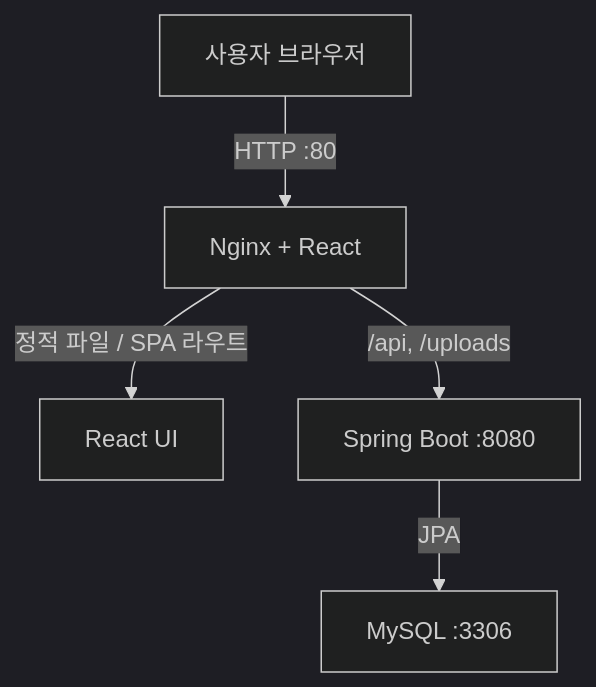
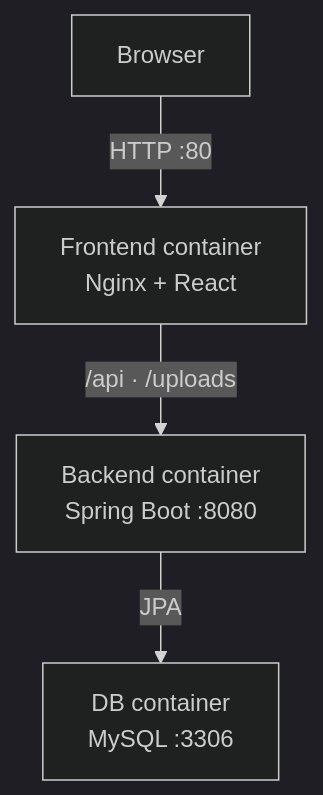
One commit to YSBunny/community-service changed the first of 2 diagrams in README.md. Above: the diagram before and after it, drawn with Mermaid (dark theme). The commit also changed other lines of this file, not shown here.

````diff
--- a/README.md
+++ b/README.md
@@ -99,7 +100,6 @@
 ```mermaid
 flowchart TD
-    U["사용자 브라우저"] -->|"HTTP :80"| N["Nginx + React"]
-    N -->|"정적 파일 / SPA 라우트"| R["React UI"]
-    N -->|"/api, /uploads"| B["Spring Boot :8080"]
-    B -->|"JPA"| D["MySQL :3306"]
+    U["Browser"] -->|"HTTP :80"| F["Frontend container<br/>Nginx + React"]
+    F -->|"/api · /uploads"| B["Backend container<br/>Spring Boot :8080"]
+    B -->|"JPA"| D["DB container<br/>MySQL :3306"]
 ```
````
